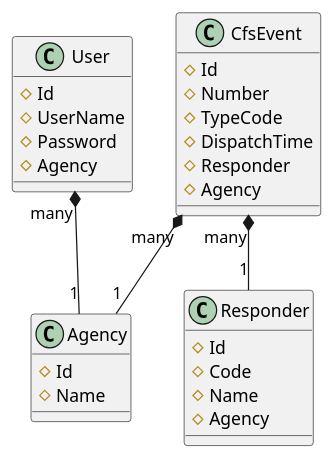
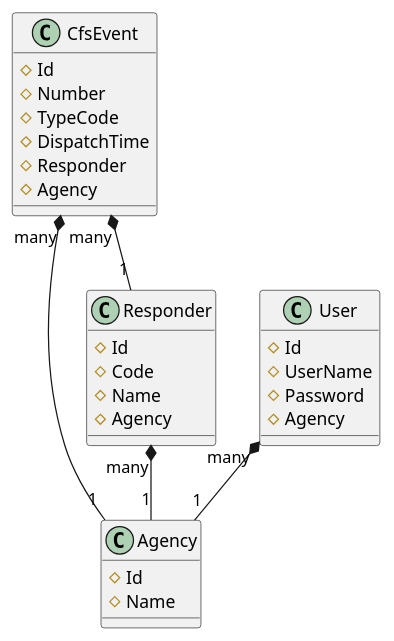
The diagram in Domain.puml (khanhnguyen18/cfs-event), drawn with PlantUML before and after one commit. The commit also changed 3 other files, not shown here.

```diff
--- a/Domain.puml
+++ b/Domain.puml
@@ -1,36 +1,37 @@
 @startuml
 
 class CfsEvent {
     #Id
     #Number
     #TypeCode
     #DispatchTime
     #Responder
     #Agency
 }
 
 class Agency {
     #Id
     #Name
 }
 
 class Responder {
     #Id
     #Code
     #Name
     #Agency
 }
 
 class User {
     #Id
     #UserName
     #Password
     #Agency
 }
 
 
 CfsEvent "many" *-- "1" Responder
 CfsEvent "many" *-- "1" Agency
 User "many" *-- "1" Agency
+Responder "many" *-- "1" Agency
 
 @enduml
```
